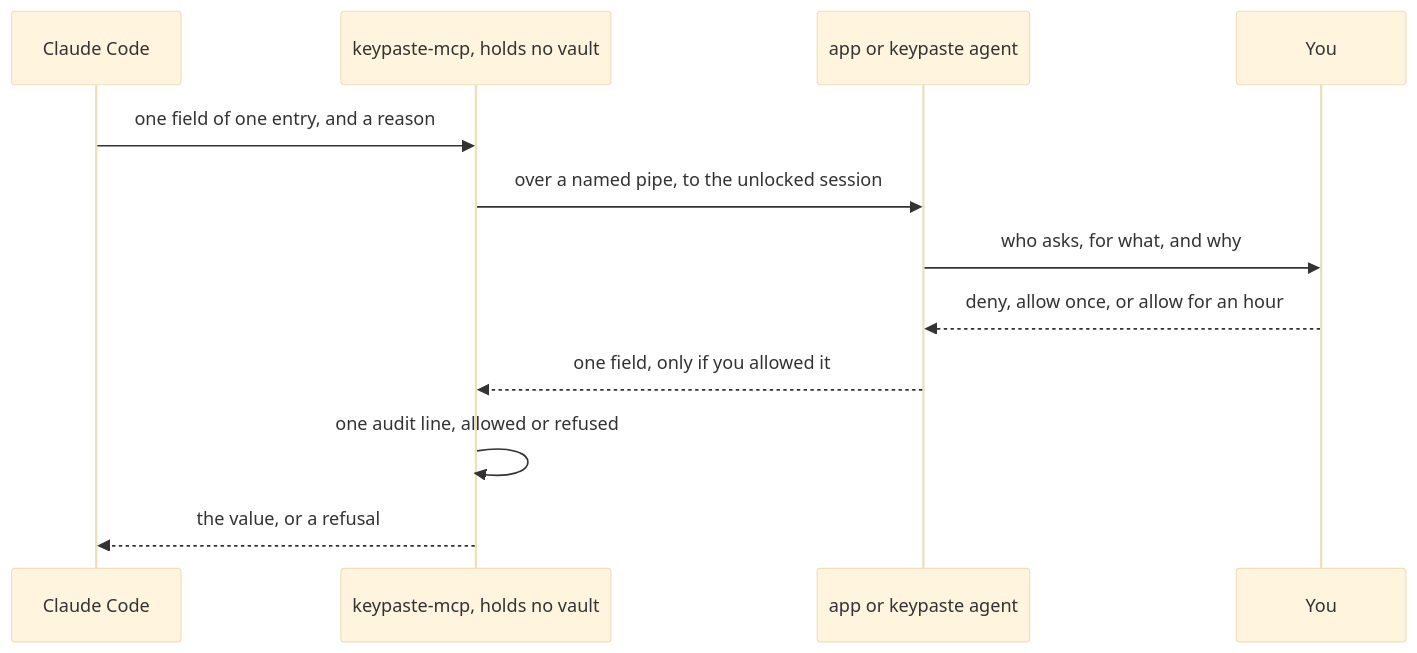
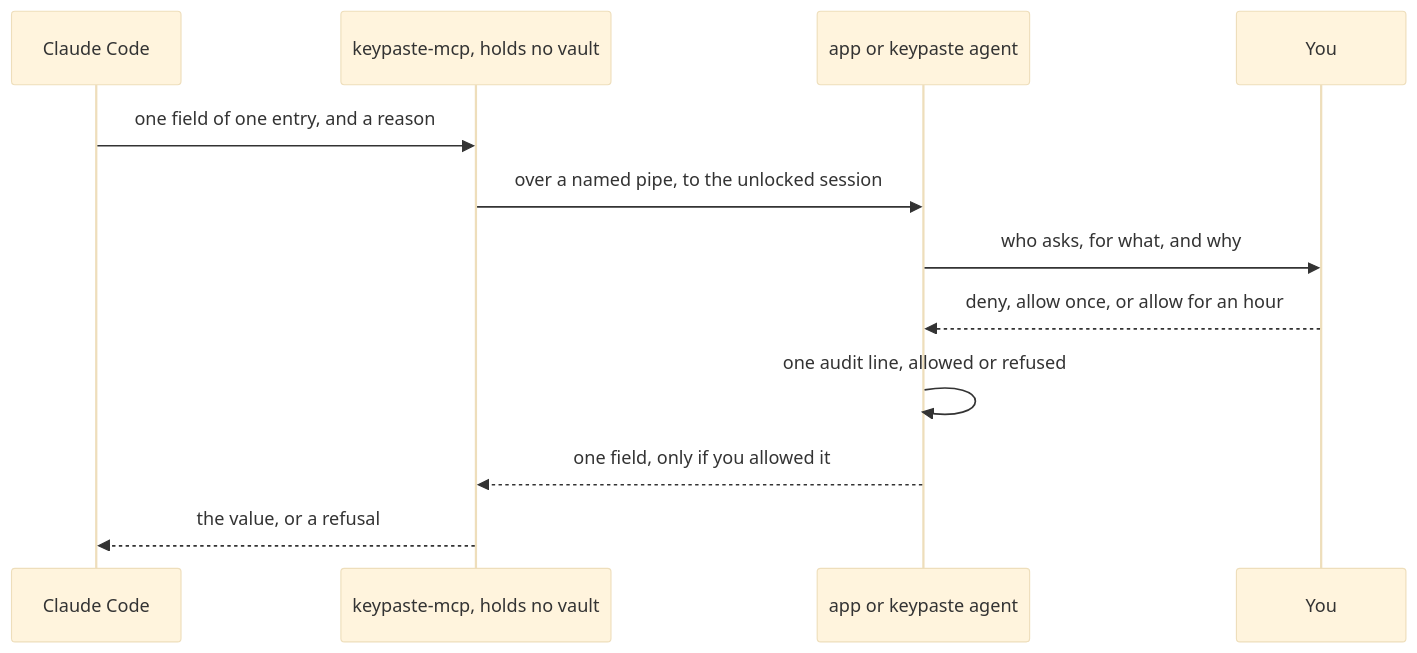
One commit to notinferred/keypaste changed the first of 2 diagrams in site/web/src/content/docs/products/agent-approvals.mdx. Above: the diagram before and after it, drawn with Mermaid (base theme). The commit also changed other lines of this file and 92 other files, not shown here.

Commit message:
Have the owner write every request's audit line (G.9)

````diff
--- a/site/web/src/content/docs/products/agent-approvals.mdx
+++ b/site/web/src/content/docs/products/agent-approvals.mdx
@@ -14,14 +14,14 @@
 ```mermaid
 sequenceDiagram
   participant C as Claude Code
   participant B as keypaste-mcp, holds no vault
   participant O as app or keypaste agent
   participant Y as You
   C->>B: one field of one entry, and a reason
   B->>O: over a named pipe, to the unlocked session
   O->>Y: who asks, for what, and why
   Y-->>O: deny, allow once, or allow for an hour
+  O->>O: one audit line, allowed or refused
   O-->>B: one field, only if you allowed it
-  B->>B: one audit line, allowed or refused
   B-->>C: the value, or a refusal
 ```
````
